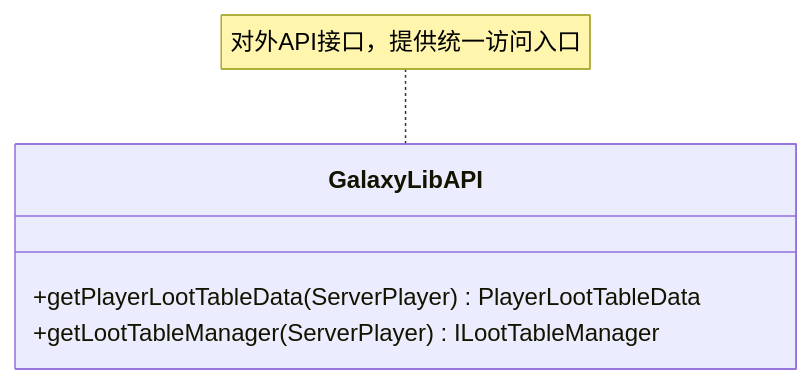
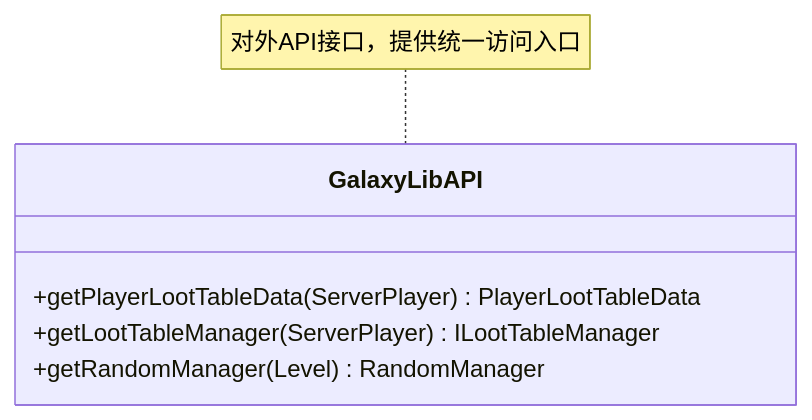
The third of 10 diagrams in .qoder/repowiki/zh/content/模块架构/GalaxyLib公共库模块.md (Ver-shift/SubModulesGeneHunter), drawn with Mermaid before and after one commit. The commit also changed other lines of this file and 16 other files, not shown here.

````diff
--- a/.qoder/repowiki/zh/content/模块架构/GalaxyLib公共库模块.md
+++ b/.qoder/repowiki/zh/content/模块架构/GalaxyLib公共库模块.md
@@ -122,8 +143,9 @@
 ```mermaid
 classDiagram
 class GalaxyLibAPI {
 +getPlayerLootTableData(ServerPlayer) PlayerLootTableData
 +getLootTableManager(ServerPlayer) ILootTableManager
++getRandomManager(Level) RandomManager
 }
 note for GalaxyLibAPI "对外API接口，提供统一访问入口"
 ```
````
